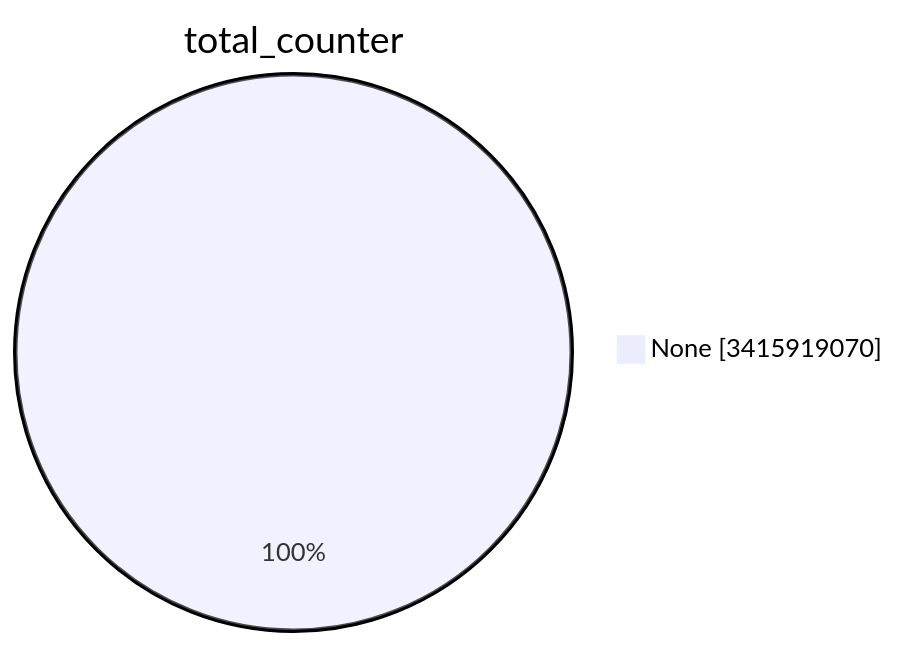
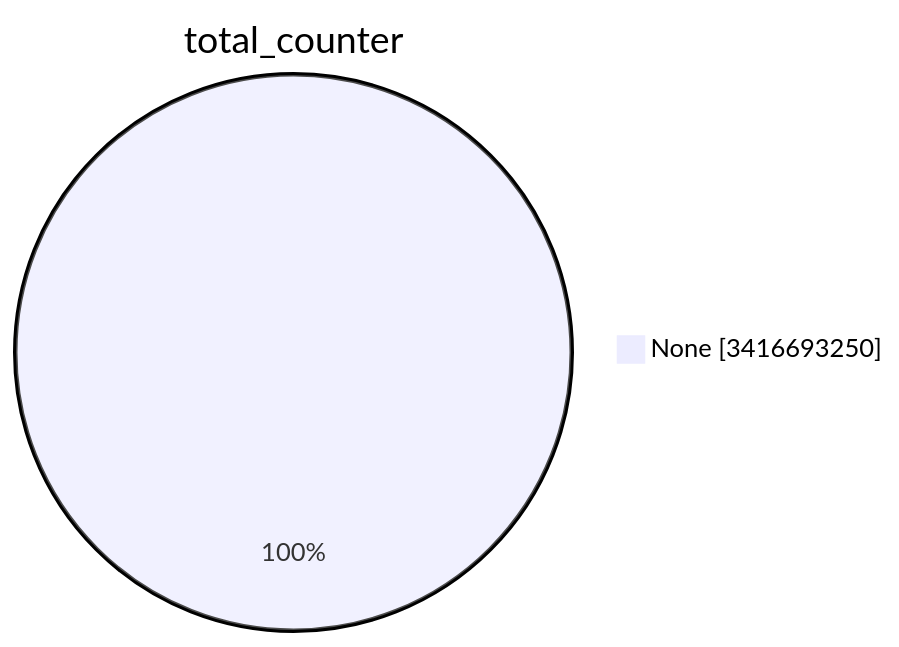
Before and after one commit to christiankrug/ctmonitor_visualization: the first of 15 diagrams in TOTAL/README.md, drawn with Mermaid. The commit also changed other lines of this file, not shown here.

````diff
--- a/TOTAL/README.md
+++ b/TOTAL/README.md
@@ -1,5 +1,5 @@
 ```mermaid
 pie showData
 title total_counter
-"None" :3415919070
+"None" :3416693250
 ```
````
